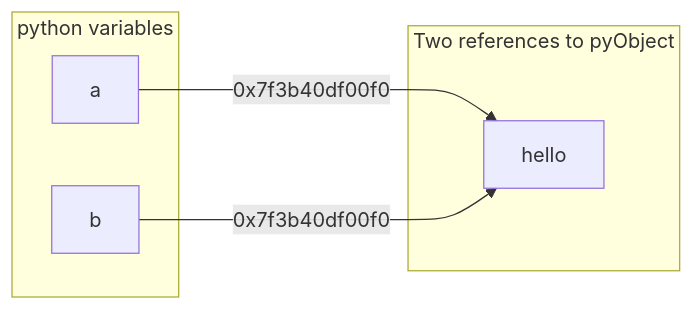
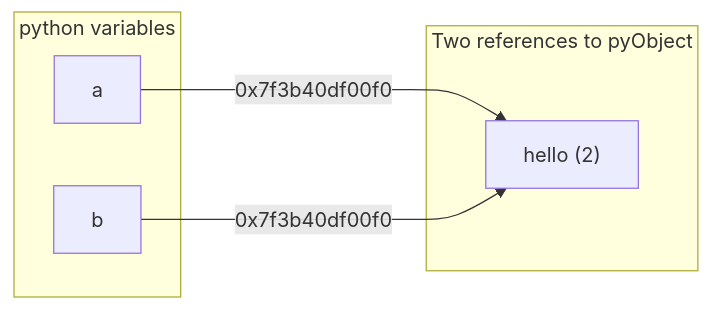
The second of 4 diagrams in _lectures/python internals.md (GAMR1520/GAMR1520), drawn with Mermaid before and after one commit. The commit also changed other lines of this file and 1 other file, not shown here.

```diff
--- a/_lectures/python internals.md
+++ b/_lectures/python internals.md
@@ -58,13 +58,13 @@
     <div class="mermaid">
     flowchart LR;
     subgraph python variables
         a
         b
     end
     subgraph Two references to pyObject
-        hello
+        hello["hello (2)"]
     end
 
     a -- 0x7f3b40df00f0 ---> hello
     b -- 0x7f3b40df00f0 ---> hello
     </div>
```
